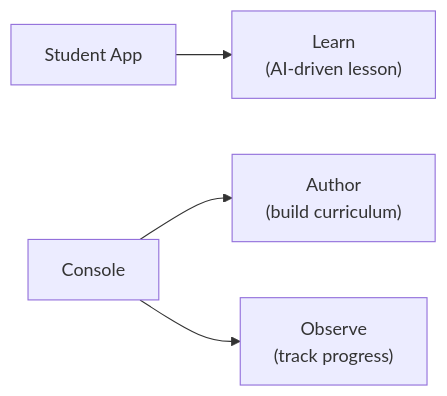
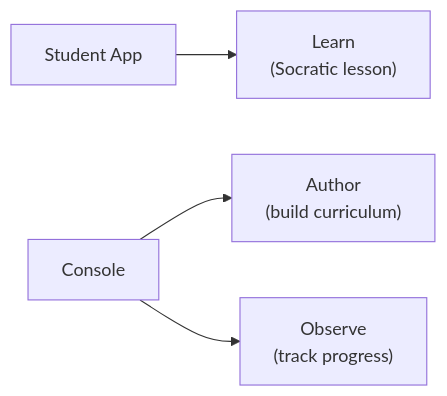
One commit to stemolly/wiki changed the third of 3 diagrams in src/content/docs/vi/product/overview.md. Above: the diagram before and after it, drawn with Mermaid. The commit also changed other lines of this file and 57 other files, not shown here.

````diff
--- a/src/content/docs/vi/product/overview.md
+++ b/src/content/docs/vi/product/overview.md
@@ -62,11 +58,11 @@
 ```mermaid
 graph LR
     Student["Student App"]
     C["Console"]
-    Learn["Learn<br/>(AI-driven lesson)"]
+    Learn["Learn<br/>(Socratic lesson)"]
     Author["Author<br/>(build curriculum)"]
     Observe["Observe<br/>(track progress)"]
     Student --> Learn
     C --> Author
     C --> Observe
 ```
````
